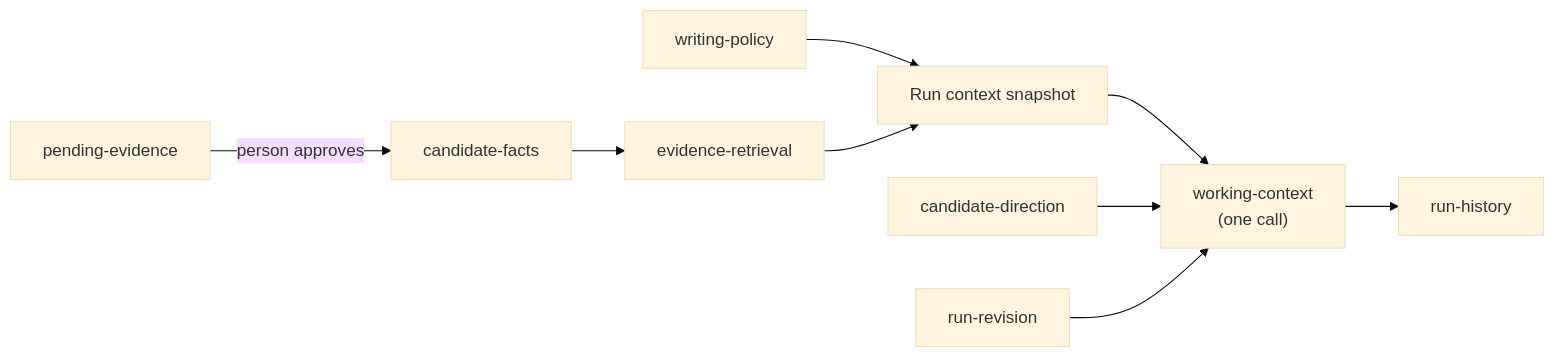
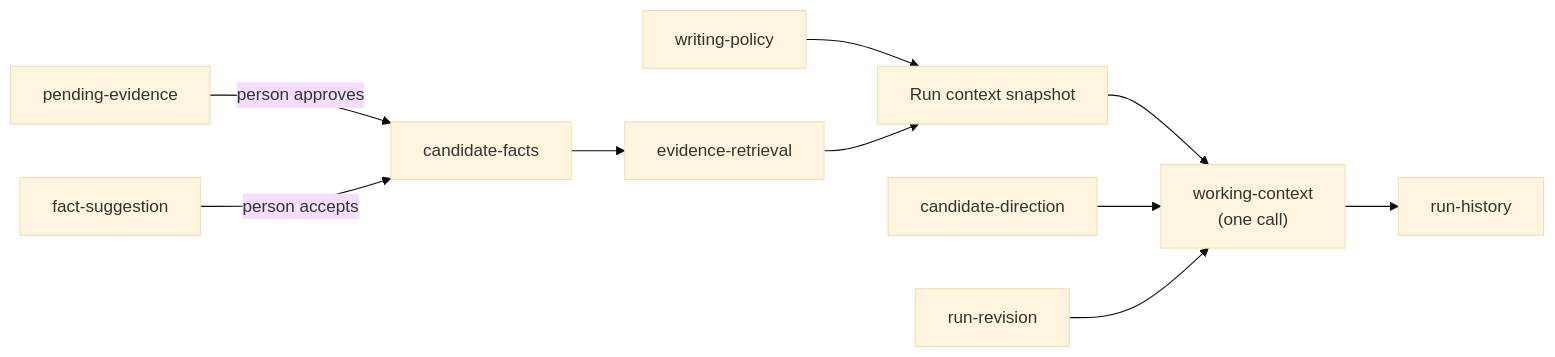
One commit to akoita/draft-loop changed the first of 2 diagrams in docs/architecture/memory.md. Above: the diagram before and after it, drawn with Mermaid (base theme). The commit also changed other lines of this file and 8 other files, not shown here.

First line of the commit message:
Add the fact suggestion model and schema (#3066)

````diff
--- a/docs/architecture/memory.md
+++ b/docs/architecture/memory.md
@@ -83,11 +88,12 @@
 ```mermaid
 flowchart LR
   pending["pending-evidence"] -->|person approves| facts["candidate-facts"]
+  suggestion["fact-suggestion"] -->|person accepts| facts
   facts --> retrieval["evidence-retrieval"]
   policy["writing-policy"] --> snapshot["Run context snapshot"]
   retrieval --> snapshot
   snapshot --> working["working-context<br/>(one call)"]
   direction["candidate-direction"] --> working
   revision["run-revision"] --> working
   working --> history["run-history"]
 ```
````
